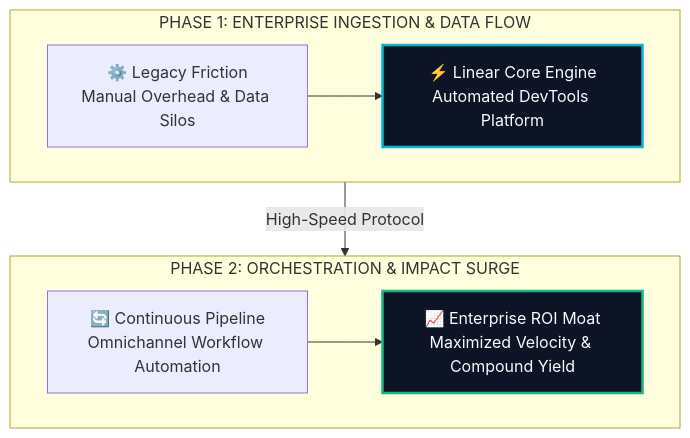
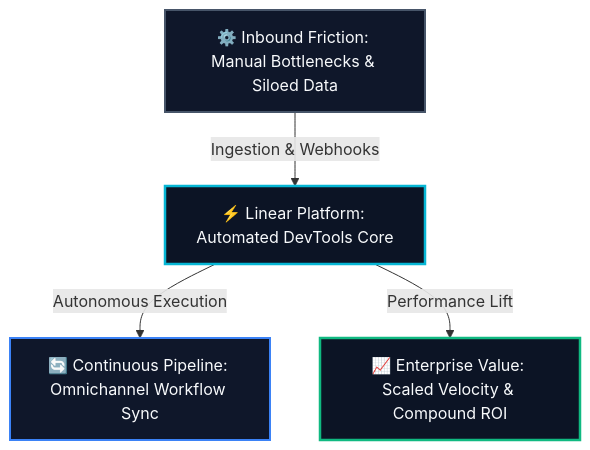
Before and after one commit to heliatech-media/saas-radar: the diagram in site/src/content/blog/linear-evolution-guide-2026.md, drawn with Mermaid. The commit also changed 93 other files, not shown here.

First line of the commit message:
fix(diagrams): resolve dagre-d3 subgraph collision by migrating to balanced 3-tier Hub & Spoke architecture

````diff
--- a/site/src/content/blog/linear-evolution-guide-2026.md
+++ b/site/src/content/blog/linear-evolution-guide-2026.md
@@ -56,14 +56,14 @@
 ```mermaid
 flowchart TD
-    subgraph S1["PHASE 1: ENTERPRISE INGESTION & DATA FLOW"]
-        direction LR
-        A["⚙️ Legacy Friction<br/>Manual Overhead & Data Silos"] --> B["⚡ Linear Core Engine<br/>Automated DevTools Platform"]
-    end
-    subgraph S2["PHASE 2: ORCHESTRATION & IMPACT SURGE"]
-        direction LR
-        C["🔄 Continuous Pipeline<br/>Omnichannel Workflow Automation"] --> D["📈 Enterprise ROI Moat<br/>Maximized Velocity & Compound Yield"]
-    end
-    S1 -->|High-Speed Protocol| S2
-    style B fill:#0c1425,stroke:#06b6d4,stroke-width:2.5px,color:#f8fafc
-    style D fill:#0c1425,stroke:#10b981,stroke-width:2.5px,color:#f8fafc
+    Inp["⚙️ Inbound Friction: Manual Bottlenecks & Siloed Data"]
+    Eng["⚡ Linear Platform: Automated DevTools Core"]
+    Out1["🔄 Continuous Pipeline: Omnichannel Workflow Sync"]
+    Out2["📈 Enterprise Value: Scaled Velocity & Compound ROI"]
+    Inp -->|Ingestion & Webhooks| Eng
+    Eng -->|Autonomous Execution| Out1
+    Eng -->|Performance Lift| Out2
+    style Inp fill:#0f172a,stroke:#475569,stroke-width:2px,color:#f8fafc
+    style Eng fill:#0c1425,stroke:#06b6d4,stroke-width:2.5px,color:#f8fafc
+    style Out1 fill:#0f172a,stroke:#3b82f6,stroke-width:2px,color:#f8fafc
+    style Out2 fill:#0c1425,stroke:#10b981,stroke-width:2.5px,color:#f8fafc
 ```
````
